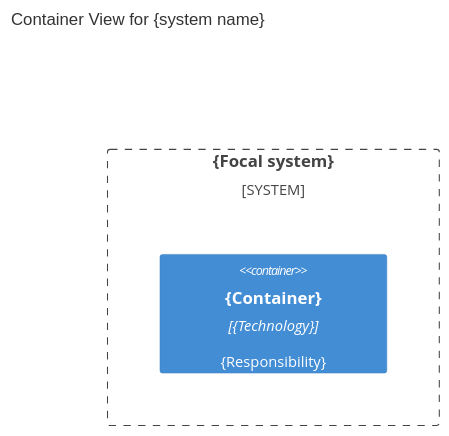
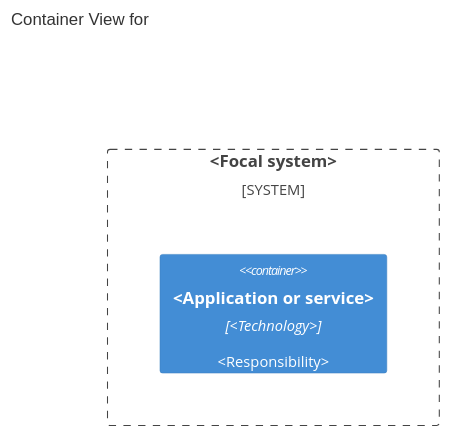
The diagram in templates/shared/.ai-sdlc/templates/architecture-c4-containers.mmd (davych/agents-instruction), drawn with Mermaid before and after one commit. The commit also changed 260 other files, not shown here.

```diff
--- a/templates/shared/.ai-sdlc/templates/architecture-c4-containers.mmd
+++ b/templates/shared/.ai-sdlc/templates/architecture-c4-containers.mmd
@@ -1,24 +1,21 @@
 C4Container
-%% ai-sdlc:architecture-selection:v1 {"optionId":"{platform-selected option ID}","reviewId":"{selection review UUID}","optionsArtifactId":"{reviewed options artifact UUID}","selectedAt":"{selection timestamp}"}
-title Container View for {system name}
+title Container View for <system name>
 
-%% Add people and external systems only when supported by evidence.
-%% Person(user, "{User}", "{Reason this person uses the system}")
-%% System_Ext(external, "{External system}", "{External responsibility}")
+%% Add people and external systems only when they help explain a relationship.
+%% Person(user, "<User>", "<Why this person uses the system>")
+%% System_Ext(external, "<External system>", "<External responsibility>")
 
-System_Boundary(boundary, "{Focal system}") {
-  %% Add only the containers in the selected option.
-  Container(container, "{Container}", "{Technology}", "{Responsibility}")
-  %% Container(client, "{Client}", "{Technology}", "{Responsibility}")
-  %% Add ContainerDb only when the selected option actually uses a data store.
-  %% ContainerDb(store, "{Data store}", "{Technology}", "{Data responsibility}")
-  %% Add ContainerQueue only when the selected option actually uses a queue.
+System_Boundary(boundary, "<Focal system>") {
+  Container(container, "<Application or service>", "<Technology>", "<Responsibility>")
+  %% Container(client, "<Frontend>", "<Technology>", "<Responsibility>")
+  %% ContainerDb(store, "<Data store>", "<Technology>", "<Data responsibility>")
+  %% ContainerQueue(queue, "<Queue>", "<Technology>", "<Responsibility>")
 }
 
 %% Add only relationships supported by evidence.
-%% Rel(user, client, "{Business action}", "{Protocol}")
-%% Rel(client, container, "{Purpose}", "{Protocol}")
-%% Rel(container, store, "{Reads or writes}", "{Protocol}")
-%% Rel(container, external, "{Purpose}", "{Protocol}")
+%% Rel(user, client, "<Business action>", "HTTPS")
+%% Rel(client, container, "<RESTful API purpose>", "HTTPS/JSON")
+%% Rel(container, store, "<Reads or writes>", "<Protocol>")
+%% Rel(container, external, "<Purpose>", "<Protocol>")
 
 %% Keep this view at C4 L2. Do not add replicas, load balancers, or deployment nodes.
```
